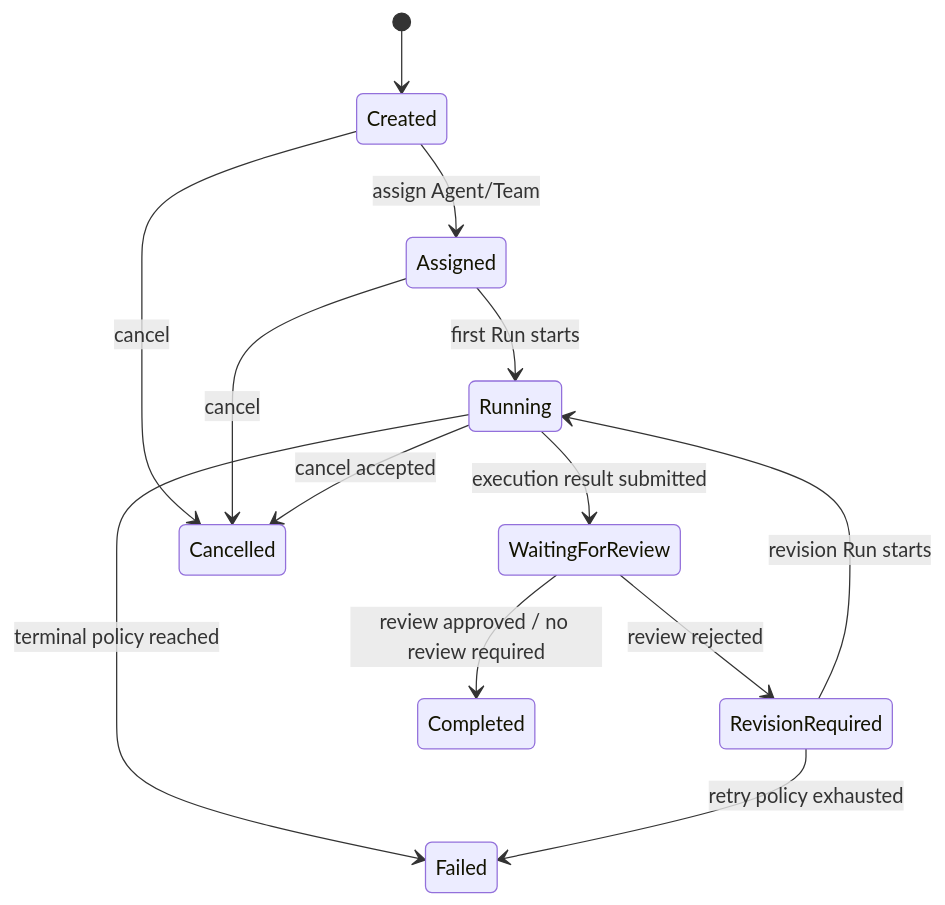
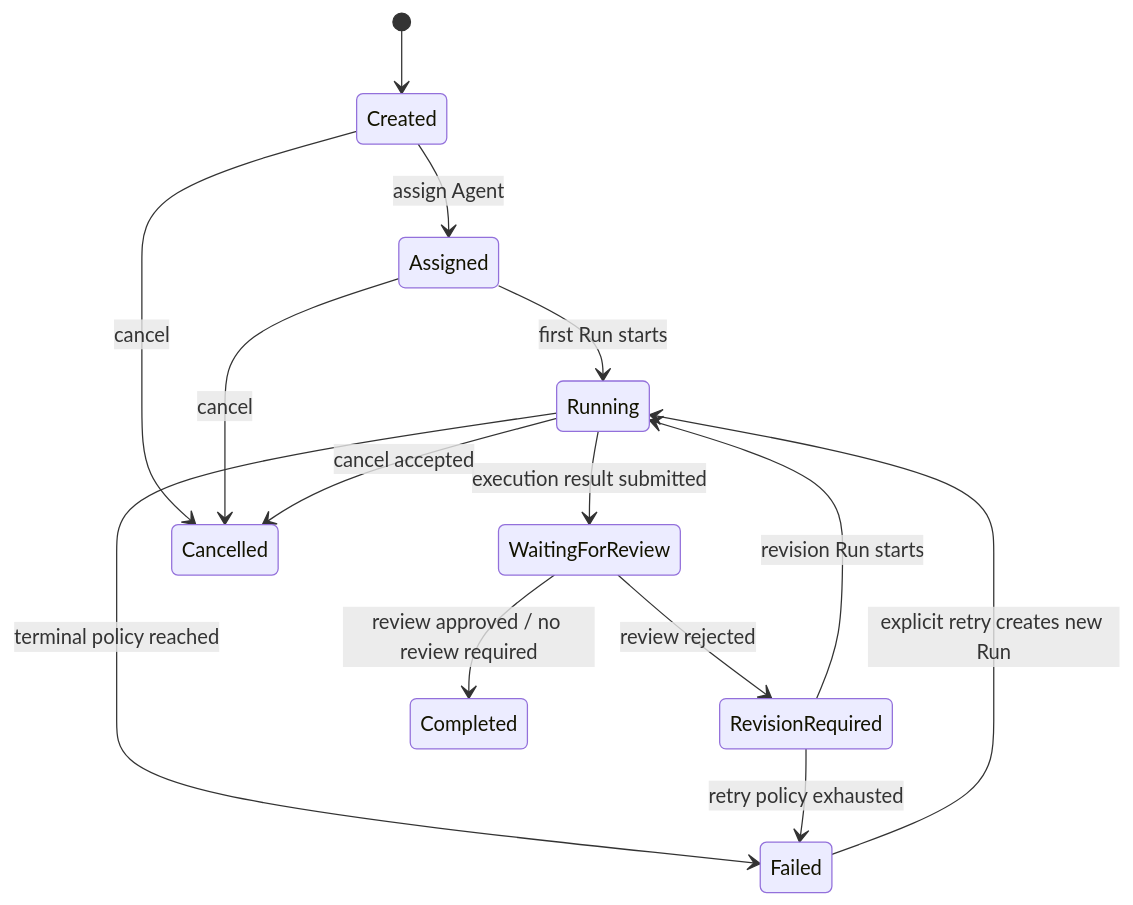
The sixth of 12 diagrams in docs/state-machines.md (Phlosy/Nico-agent), drawn with Mermaid before and after one commit. The commit also changed other lines of this file and 817 other files, not shown here.

````diff
--- a/docs/state-machines.md
+++ b/docs/state-machines.md
@@ -50,15 +80,16 @@
 ```mermaid
 stateDiagram-v2
     [*] --> Created
-    Created --> Assigned: assign Agent/Team
+    Created --> Assigned: assign Agent
     Assigned --> Running: first Run starts
     Running --> WaitingForReview: execution result submitted
     WaitingForReview --> RevisionRequired: review rejected
     RevisionRequired --> Running: revision Run starts
     WaitingForReview --> Completed: review approved / no review required
     Created --> Cancelled: cancel
     Assigned --> Cancelled: cancel
     Running --> Cancelled: cancel accepted
     Running --> Failed: terminal policy reached
+    Failed --> Running: explicit retry creates new Run
     RevisionRequired --> Failed: retry policy exhausted
 ```
````
